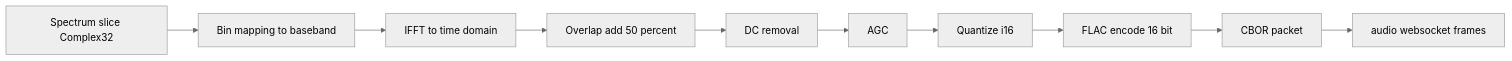
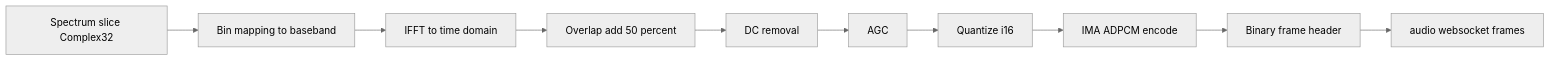
One commit to Steven9101/NovaSDR changed the diagram in docs/AUDIO.md. Above: the diagram before and after it, drawn with Mermaid (neutral theme). The commit also changed other lines of this file and 16 other files, not shown here.

````diff
--- a/docs/AUDIO.md
+++ b/docs/AUDIO.md
@@ -7,12 +7,12 @@
 ```mermaid
 graph LR
   A[Spectrum slice Complex32] --> B[Bin mapping to baseband]
   B --> C[IFFT to time domain]
   C --> D[Overlap add 50 percent]
   D --> E[DC removal]
   E --> F[AGC]
   F --> G[Quantize i16]
-  G --> H[FLAC encode 16 bit]
-  H --> I[CBOR packet]
+  G --> H[IMA ADPCM encode]
+  H --> I[Binary frame header]
   I --> J[audio websocket frames]
 ```
````
